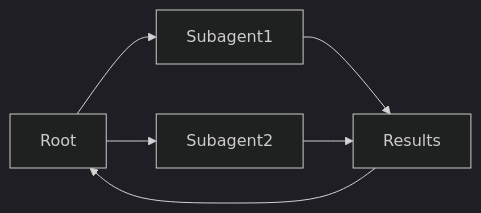
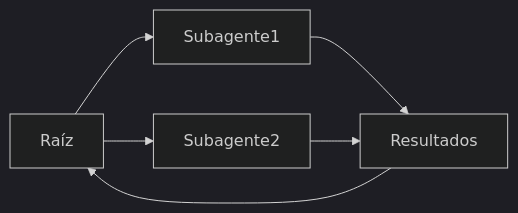
The diagram in i18n/es/docusaurus-plugin-content-docs/current/subagents/index.md (EmersonBraun/ai-summary-hub), drawn with Mermaid (dark theme) before and after one commit. The commit also changed other lines of this file and 230 other files, not shown here.

````diff
--- a/i18n/es/docusaurus-plugin-content-docs/current/subagents/index.md
+++ b/i18n/es/docusaurus-plugin-content-docs/current/subagents/index.md
@@ -17,8 +19,8 @@
 ```mermaid
 flowchart LR
-  Root[Root] --> Sub1[Subagent1]
-  Root --> Sub2[Subagent2]
-  Sub1 --> Results[Results]
+  Root[Raíz] --> Sub1[Subagente1]
+  Root --> Sub2[Subagente2]
+  Sub1 --> Results[Resultados]
   Sub2 --> Results
   Results --> Root
 ```
````
